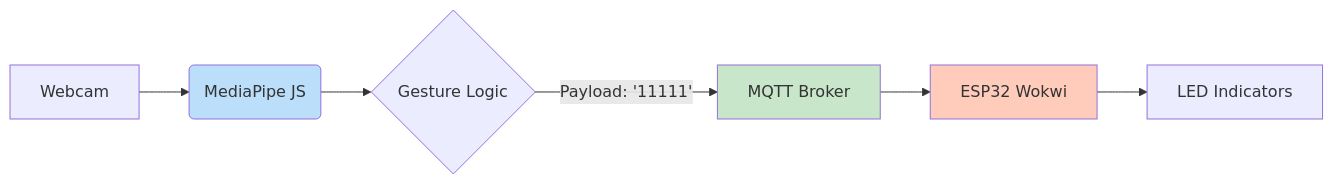
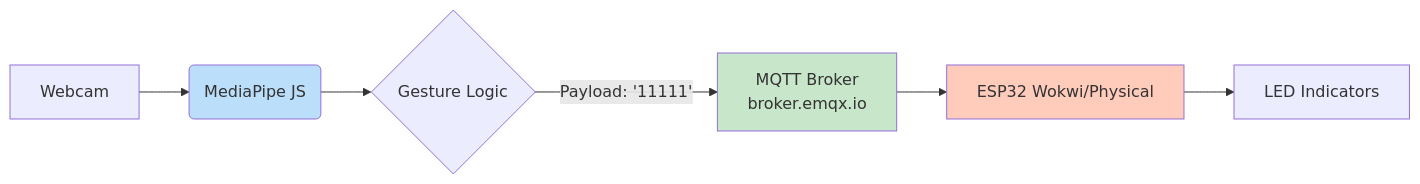
One commit to ficrammanifur/hand-tracking-dashboard changed the first of 3 diagrams in README.md. Above: the diagram before and after it, drawn with Mermaid. The commit also changed other lines of this file, not shown here.

````diff
--- a/README.md
+++ b/README.md
@@ -116,12 +91,12 @@
 ```mermaid
 graph LR
     A[Webcam] --> B(MediaPipe JS)
     B --> C{Gesture Logic}
-    C -->|Payload: '11111'| D[MQTT Broker]
-    D --> E[ESP32 Wokwi]
+    C -->|Payload: '11111'| D[MQTT Broker<br/>broker.emqx.io]
+    D --> E[ESP32 Wokwi/Physical]
     E --> F[LED Indicators]
     
     style B fill:#bbdefb
     style D fill:#c8e6c9
     style E fill:#ffccbc
 ```
````
